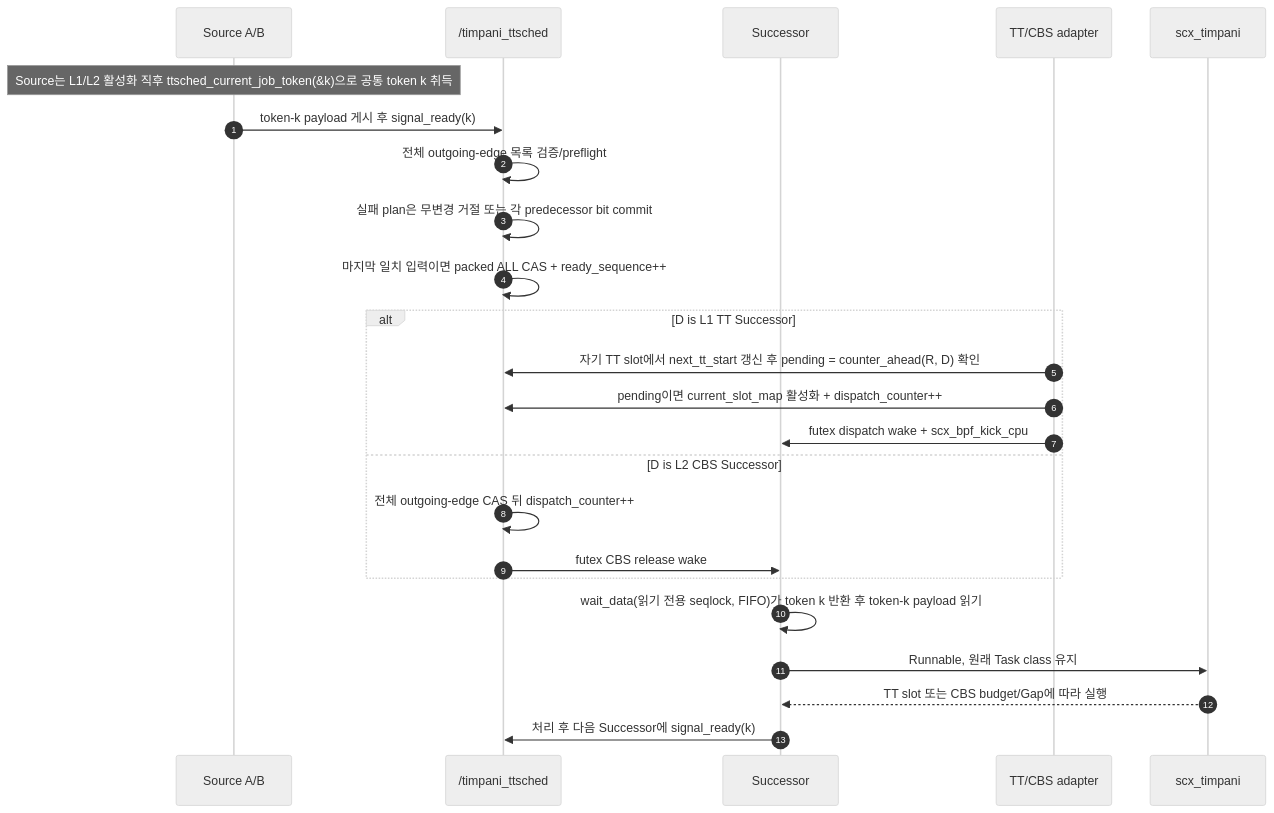
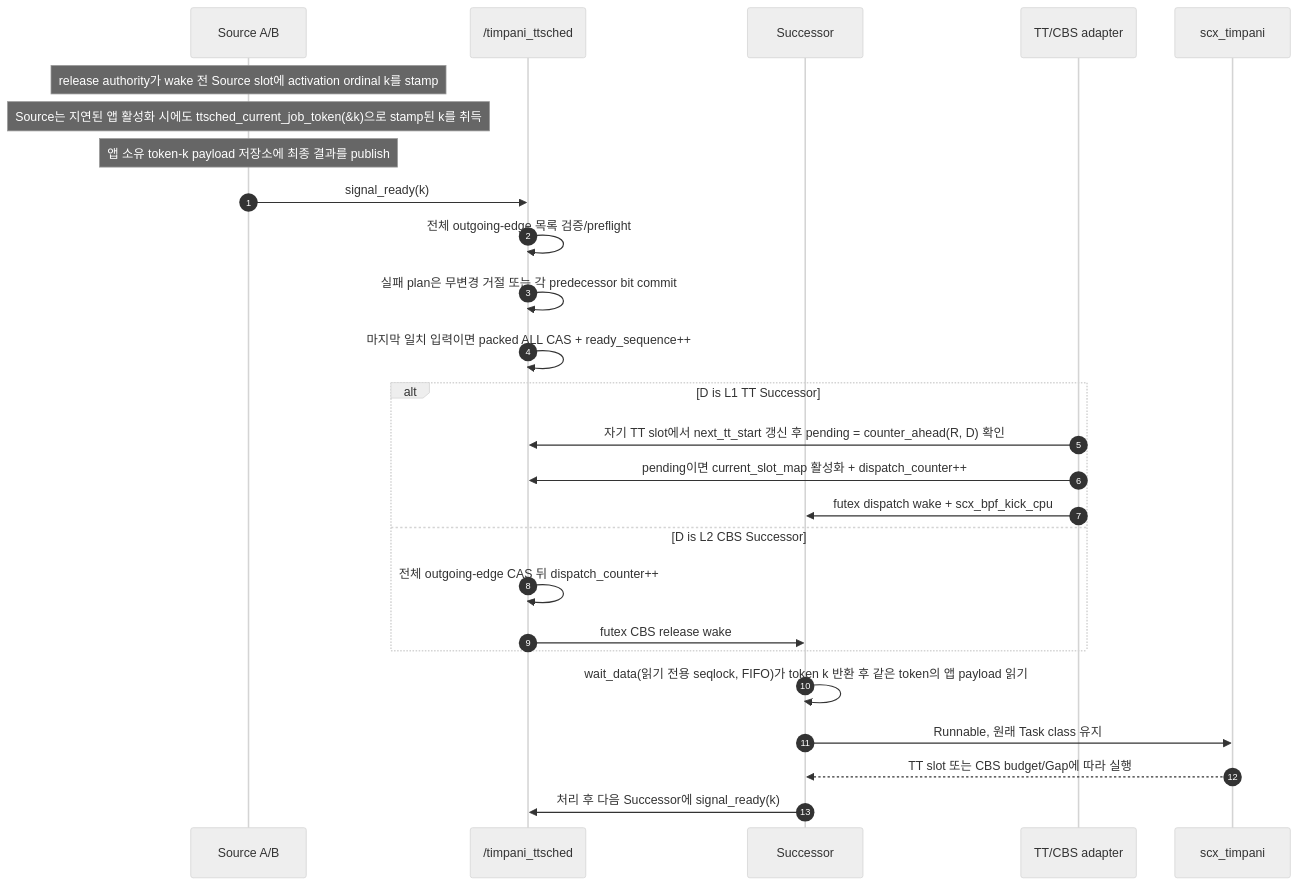
Before and after one commit to akshayg0314/timpani26: the third of 4 diagrams in doc/design/kor/HLD-009-data-driven-workload.md, drawn with Mermaid (neutral theme). The commit also changed other lines of this file and 5 other files, not shown here.

````diff
--- a/doc/design/kor/HLD-009-data-driven-workload.md
+++ b/doc/design/kor/HLD-009-data-driven-workload.md
@@ -116,27 +121,29 @@
 ```mermaid
 sequenceDiagram
     autonumber
     participant P as Source A/B
     participant SHM as /timpani_ttsched
     participant D as Successor
     participant A as TT/CBS adapter
     participant BPF as scx_timpani
 
-    Note over P: Source는 L1/L2 활성화 직후 ttsched_current_job_token(&k)으로 공통 token k 취득
-    P->>SHM: token-k payload 게시 후 signal_ready(k)
+    Note over P: release authority가 wake 전 Source slot에 activation ordinal k를 stamp
+    Note over P: Source는 지연된 앱 활성화 시에도 ttsched_current_job_token(&k)으로 stamp된 k를 취득
+    Note over P: 앱 소유 token-k payload 저장소에 최종 결과를 publish
+    P->>SHM: signal_ready(k)
     SHM->>SHM: 전체 outgoing-edge 목록 검증/preflight
     SHM->>SHM: 실패 plan은 무변경 거절 또는 각 predecessor bit commit
     SHM->>SHM: 마지막 일치 입력이면 packed ALL CAS + ready_sequence++
     alt D is L1 TT Successor
         A->>SHM: 자기 TT slot에서 next_tt_start 갱신 후 pending = counter_ahead(R, D) 확인
         A->>SHM: pending이면 current_slot_map 활성화 + dispatch_counter++
         A->>D: futex dispatch wake + scx_bpf_kick_cpu
     else D is L2 CBS Successor
         SHM->>SHM: 전체 outgoing-edge CAS 뒤 dispatch_counter++
         SHM->>D: futex CBS release wake
     end
-    D->>D: wait_data(읽기 전용 seqlock, FIFO)가 token k 반환 후 token-k payload 읽기
+    D->>D: wait_data(읽기 전용 seqlock, FIFO)가 token k 반환 후 같은 token의 앱 payload 읽기
     D->>BPF: Runnable, 원래 Task class 유지
     BPF-->>D: TT slot 또는 CBS budget/Gap에 따라 실행
     D->>SHM: 처리 후 다음 Successor에 signal_ready(k)
 ```
````
